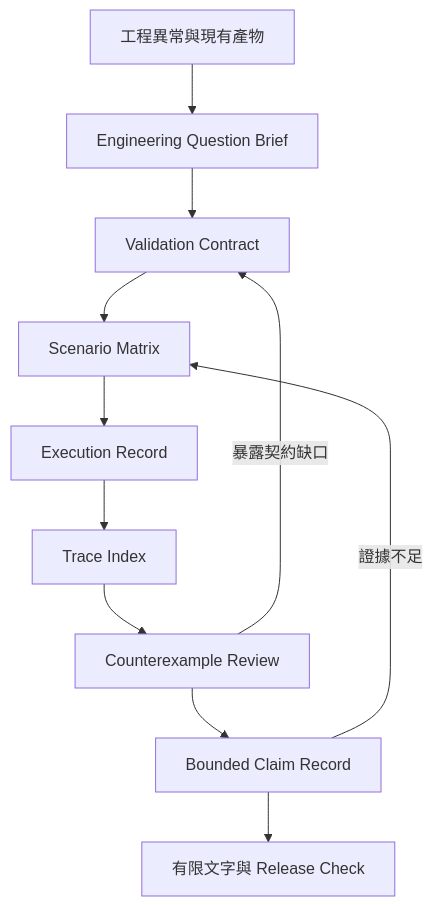
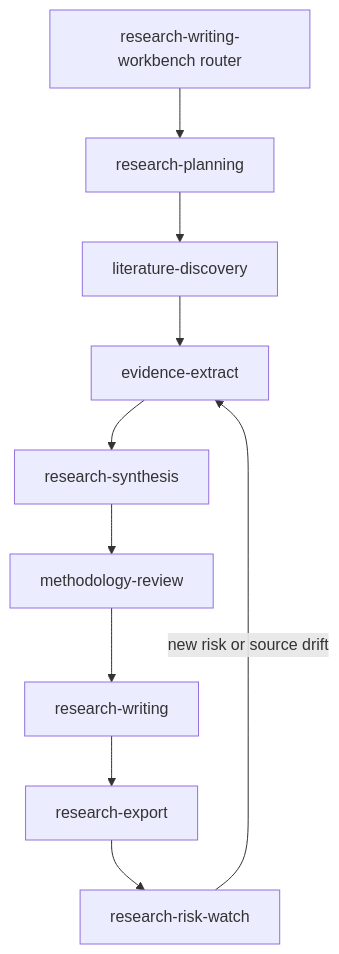
Before and after one commit to http418imateapot/research-writing-workbench: the first of 2 diagrams in docs/architecture.md, drawn with Mermaid. The commit also changed other lines of this file and 111 other files, not shown here.

````diff
--- a/docs/architecture.md
+++ b/docs/architecture.md
@@ -11,13 +11,12 @@
 ```mermaid
 flowchart TD
-  P["工程異常與現有產物"] --> Q["Engineering Question Brief"]
-  Q --> C["Validation Contract"]
-  C --> S["Scenario Matrix"]
-  S --> E["Execution Record"]
-  E --> T["Trace Index"]
-  T --> X["Counterexample Review"]
-  X --> L["Bounded Claim Record"]
-  L --> W["有限文字與 Release Check"]
-  X -- "暴露契約缺口" --> C
-  L -- "證據不足" --> S
+  R["research-writing-workbench router"] --> P["research-planning"]
+  P --> L["literature-discovery"]
+  L --> E["evidence-extract"]
+  E --> S["research-synthesis"]
+  S --> M["methodology-review"]
+  M --> W["research-writing"]
+  W --> X["research-export"]
+  X --> K["research-risk-watch"]
+  K -- "new risk or source drift" --> E
 ```
````
